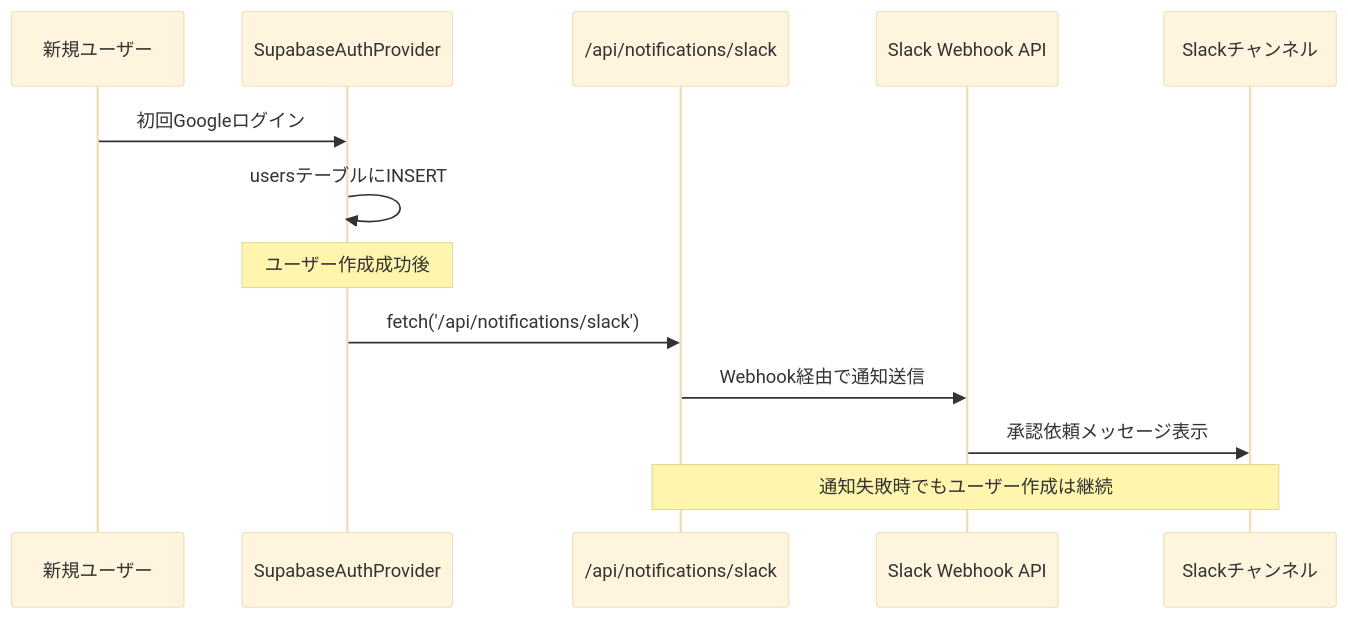
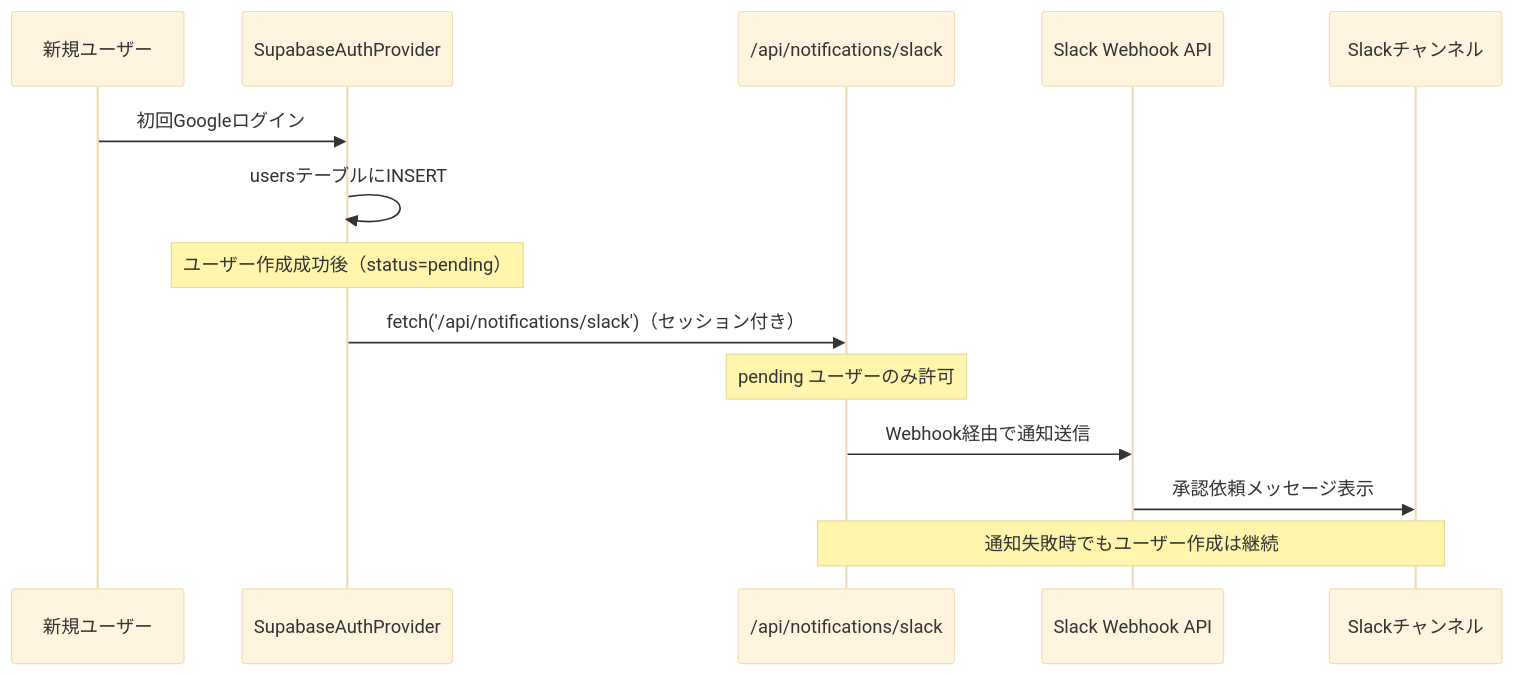
The third of 3 diagrams in docs/specification.md (Singuralitylabs/portal-site), drawn with Mermaid (base theme) before and after one commit. The commit also changed other lines of this file and 13 other files, not shown here.

````diff
--- a/docs/specification.md
+++ b/docs/specification.md
@@ -227,16 +228,17 @@
 ```mermaid
 sequenceDiagram
     participant User as 新規ユーザー
     participant Provider as SupabaseAuthProvider
     participant API as /api/notifications/slack
     participant Slack as Slack Webhook API
     participant Channel as Slackチャンネル
 
     User->>Provider: 初回Googleログイン
     Provider->>Provider: usersテーブルにINSERT
-    Note over Provider: ユーザー作成成功後
-    Provider->>API: fetch('/api/notifications/slack')
+    Note over Provider: ユーザー作成成功後（status=pending）
+    Provider->>API: fetch('/api/notifications/slack')（セッション付き）
+    Note over API: pending ユーザーのみ許可
     API->>Slack: Webhook経由で通知送信
     Slack->>Channel: 承認依頼メッセージ表示
     Note over API,Channel: 通知失敗時でもユーザー作成は継続
 ```
````
